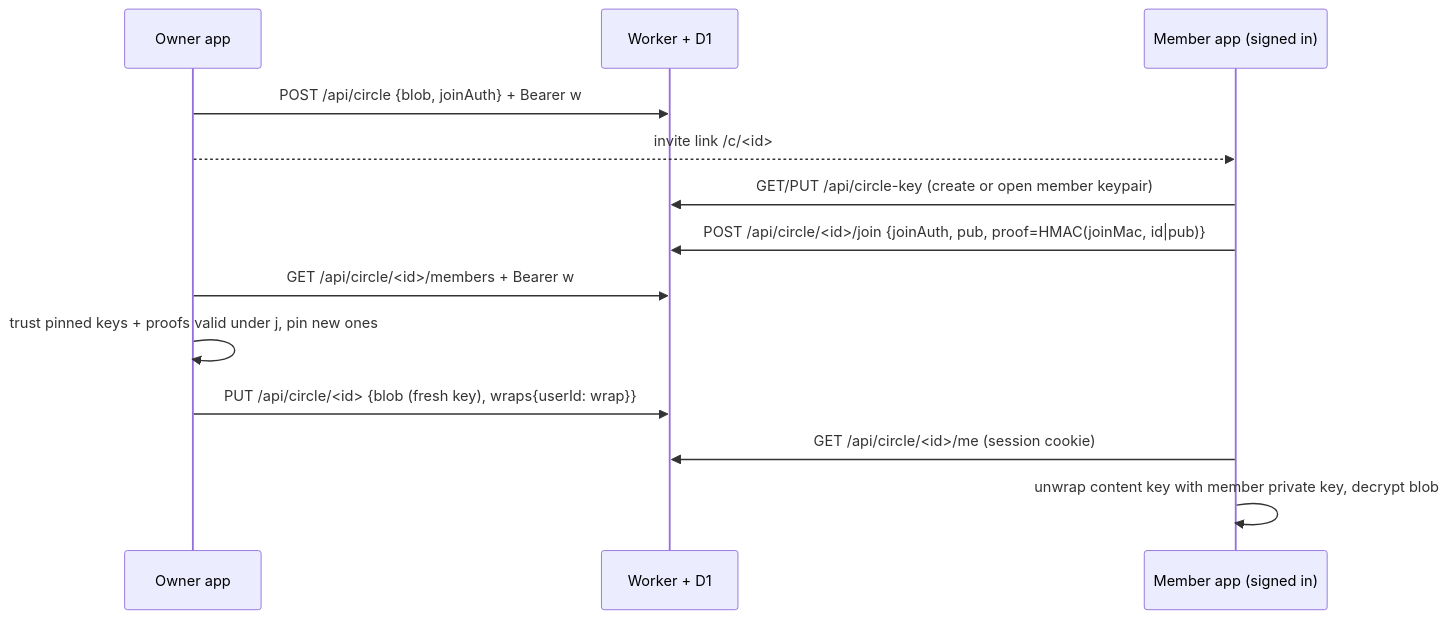
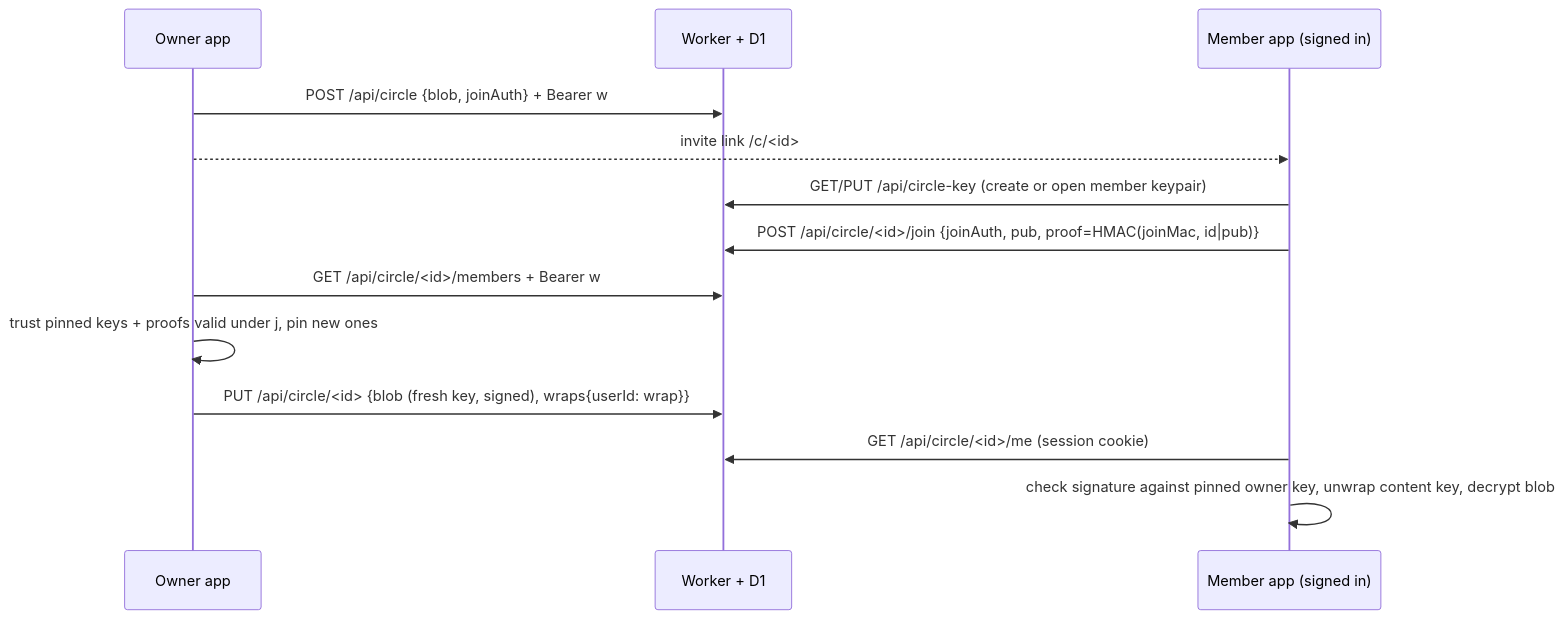
One commit to QuachGia1994/OAK-Healthy changed the diagram in docs/feat/circle-accounts.md. Above: the diagram before and after it, drawn with Mermaid. The commit also changed other lines of this file and 19 other files, not shown here.

Commit message:
Release-2.5.0:-circle-owner-sync,-signed-snapshots,-SW-resubscribe,-custom-domain

````diff
--- a/docs/feat/circle-accounts.md
+++ b/docs/feat/circle-accounts.md
@@ -26,15 +49,15 @@
 ```mermaid
 sequenceDiagram
   participant O as Owner app
   participant S as Worker + D1
   participant M as Member app (signed in)
   O->>S: POST /api/circle {blob, joinAuth} + Bearer w
-  O-->>M: invite link /c/<id>#j=<secret> (out of band)
+  O-->>M: invite link /c/<id>#j=<secret>&o=<owner key> (out of band)
   M->>S: GET/PUT /api/circle-key (create or open member keypair)
   M->>S: POST /api/circle/<id>/join {joinAuth, pub, proof=HMAC(joinMac, id|pub)}
   O->>S: GET /api/circle/<id>/members + Bearer w
   O->>O: trust pinned keys + proofs valid under j, pin new ones
-  O->>S: PUT /api/circle/<id> {blob (fresh key), wraps{userId: wrap}}
+  O->>S: PUT /api/circle/<id> {blob (fresh key, signed), wraps{userId: wrap}}
   M->>S: GET /api/circle/<id>/me (session cookie)
-  M->>M: unwrap content key with member private key, decrypt blob
+  M->>M: check signature against pinned owner key, unwrap content key, decrypt blob
 ```
````
